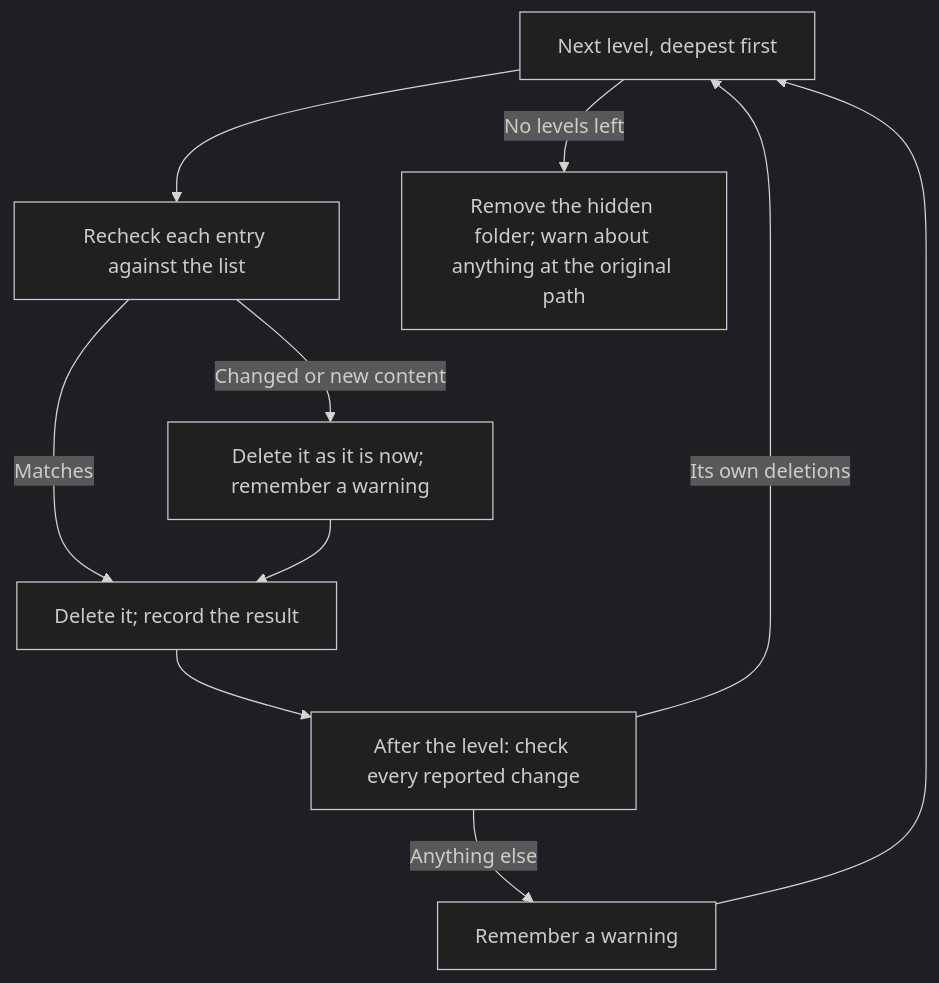
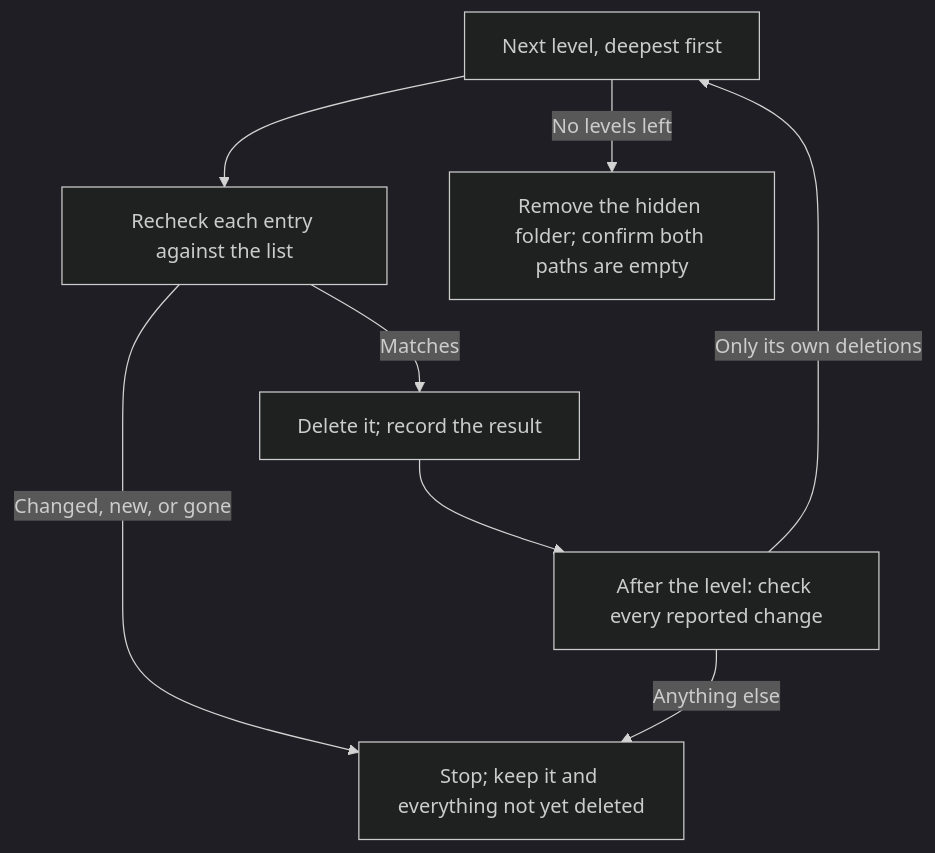
The fourth of 5 diagrams in worktree/docs/cli/remove.md (yankeeinlondon/rusty-biscuit), drawn with Mermaid (dark theme) before and after one commit. The commit also changed other lines of this file and 90 other files, not shown here.

````diff
--- a/worktree/docs/cli/remove.md
+++ b/worktree/docs/cli/remove.md
@@ -437,12 +418,10 @@
 ```mermaid
 flowchart TD
     L[Next level, deepest first] --> R[Recheck each entry against the list]
     R -->|Matches| U[Delete it; record the result]
-    R -->|Changed or new content| W[Delete it as it is now; remember a warning]
-    W --> U
+    R -->|Changed, new, or gone| S[Stop; keep it and everything not yet deleted]
     U --> C[After the level: check every reported change]
-    C -->|Its own deletions| L
-    C -->|Anything else| W2[Remember a warning]
-    W2 --> L
-    L -->|No levels left| F[Remove the hidden folder; warn about anything at the original path]
+    C -->|Only its own deletions| L
+    C -->|Anything else| S
+    L -->|No levels left| F[Remove the hidden folder; confirm both paths are empty]
 ```
````
